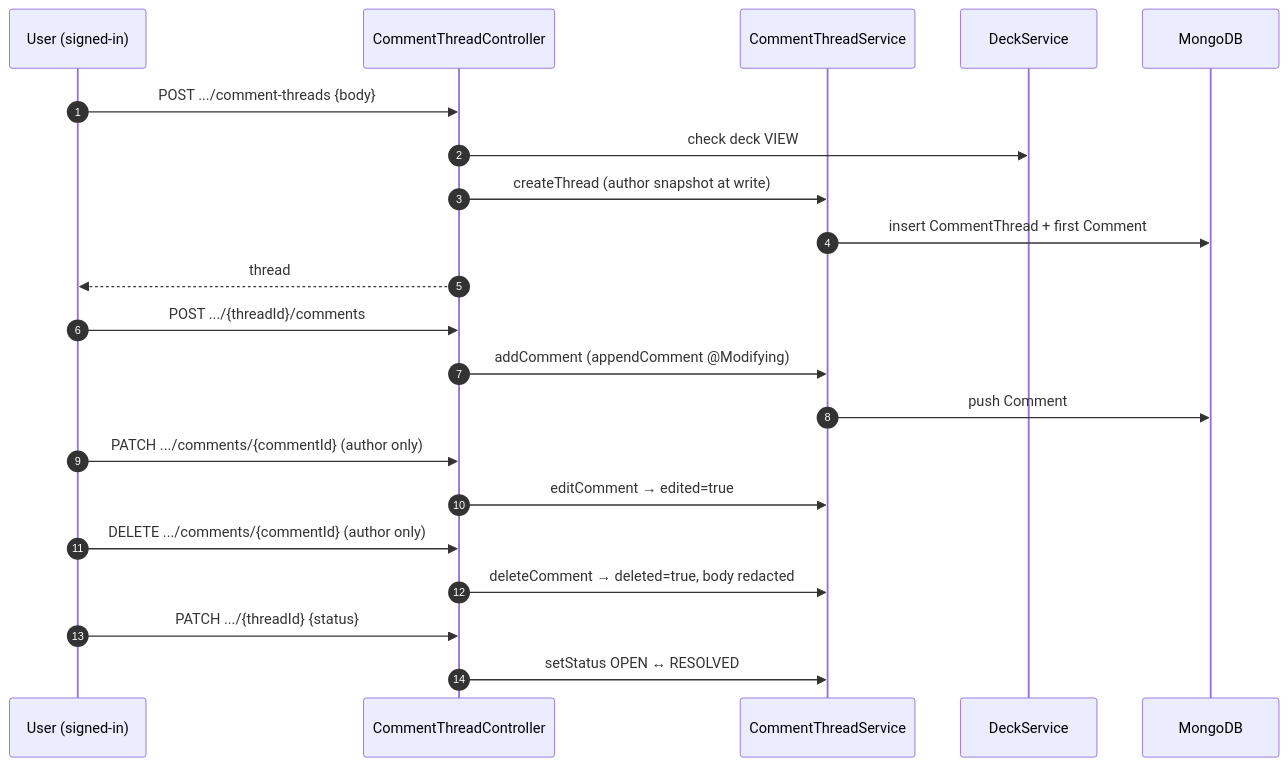
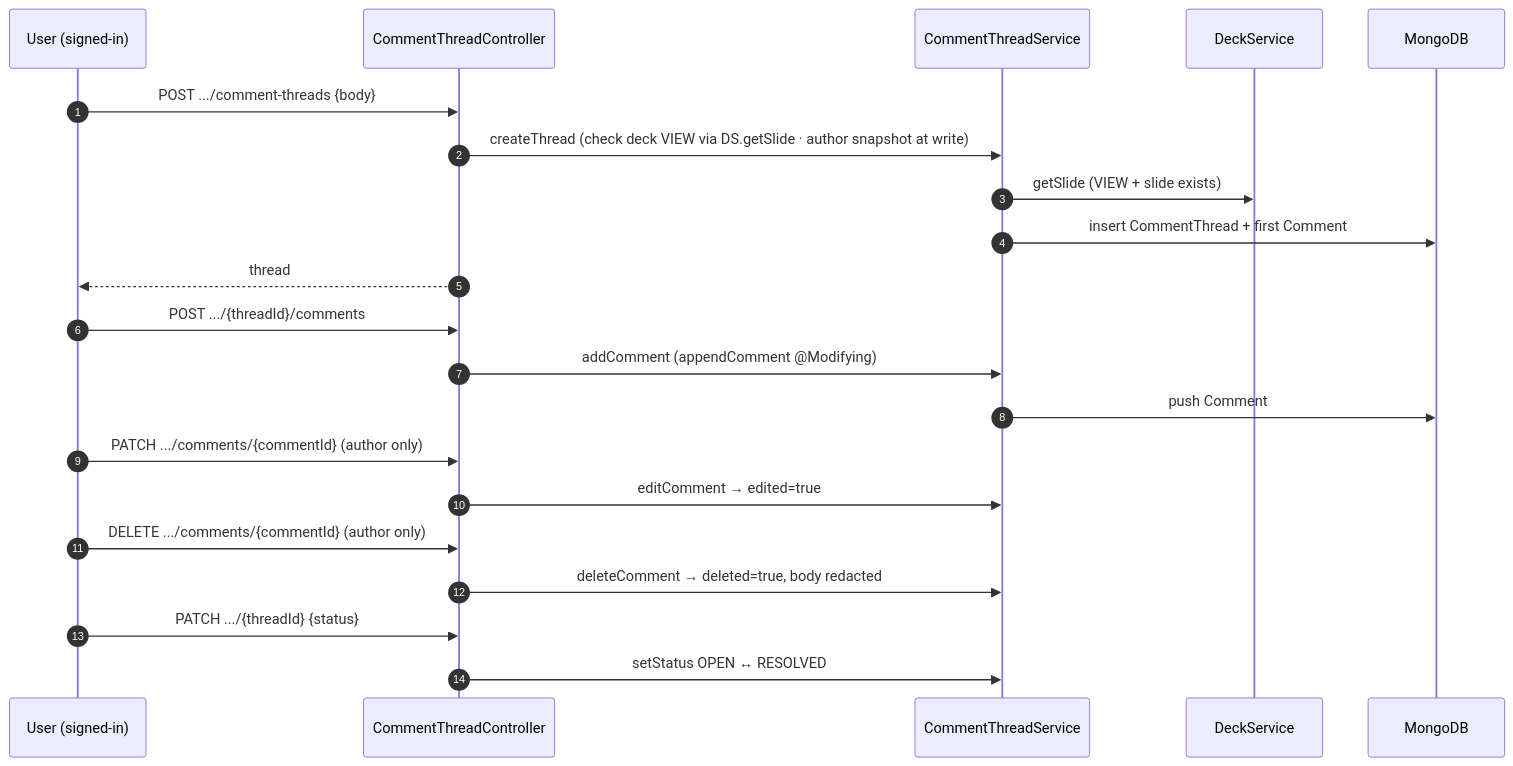
Before and after one commit to Saganaut/ambi: the second of 4 diagrams in z-docs/diagrams/collaboration.md, drawn with Mermaid. The commit also changed 5 other files, not shown here.

Commit message:
docs(diagrams): correct auth, collaboration, deck-authoring, domain-model, frontend-architecture, index

````diff
--- a/z-docs/diagrams/collaboration.md
+++ b/z-docs/diagrams/collaboration.md
@@ -26,28 +26,28 @@
 ```mermaid
 sequenceDiagram
     autonumber
     participant U as User (signed-in)
     participant CC as CommentThreadController
     participant CS as CommentThreadService
     participant DS as DeckService
     participant M as MongoDB
 
     U->>CC: POST .../comment-threads {body}
-    CC->>DS: check deck VIEW
-    CC->>CS: createThread (author snapshot at write)
+    CC->>CS: createThread (check deck VIEW via DS.getSlide · author snapshot at write)
+    CS->>DS: getSlide (VIEW + slide exists)
     CS->>M: insert CommentThread + first Comment
     CC-->>U: thread
 
     U->>CC: POST .../{threadId}/comments
     CC->>CS: addComment (appendComment @Modifying)
     CS->>M: push Comment
 
     U->>CC: PATCH .../comments/{commentId} (author only)
     CC->>CS: editComment → edited=true
 
     U->>CC: DELETE .../comments/{commentId} (author only)
     CC->>CS: deleteComment → deleted=true, body redacted
 
     U->>CC: PATCH .../{threadId} {status}
     CC->>CS: setStatus OPEN ↔ RESOLVED
 ```
````
